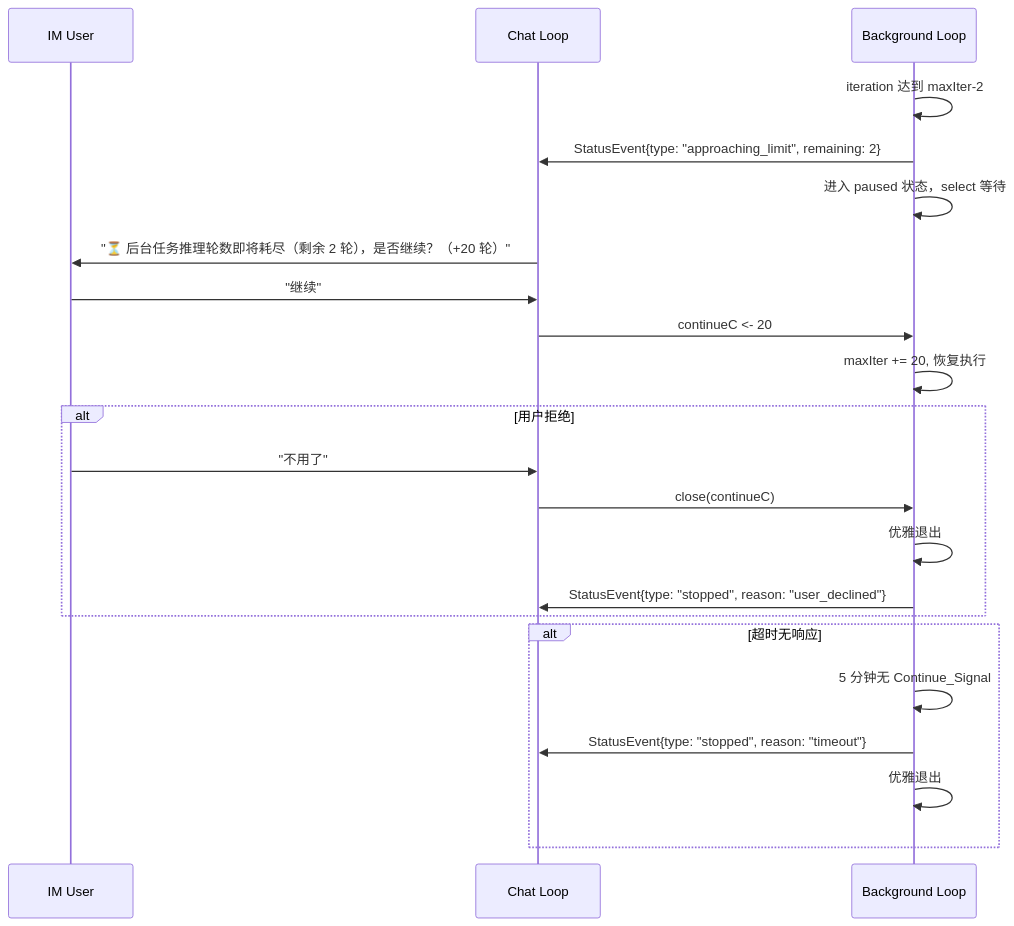
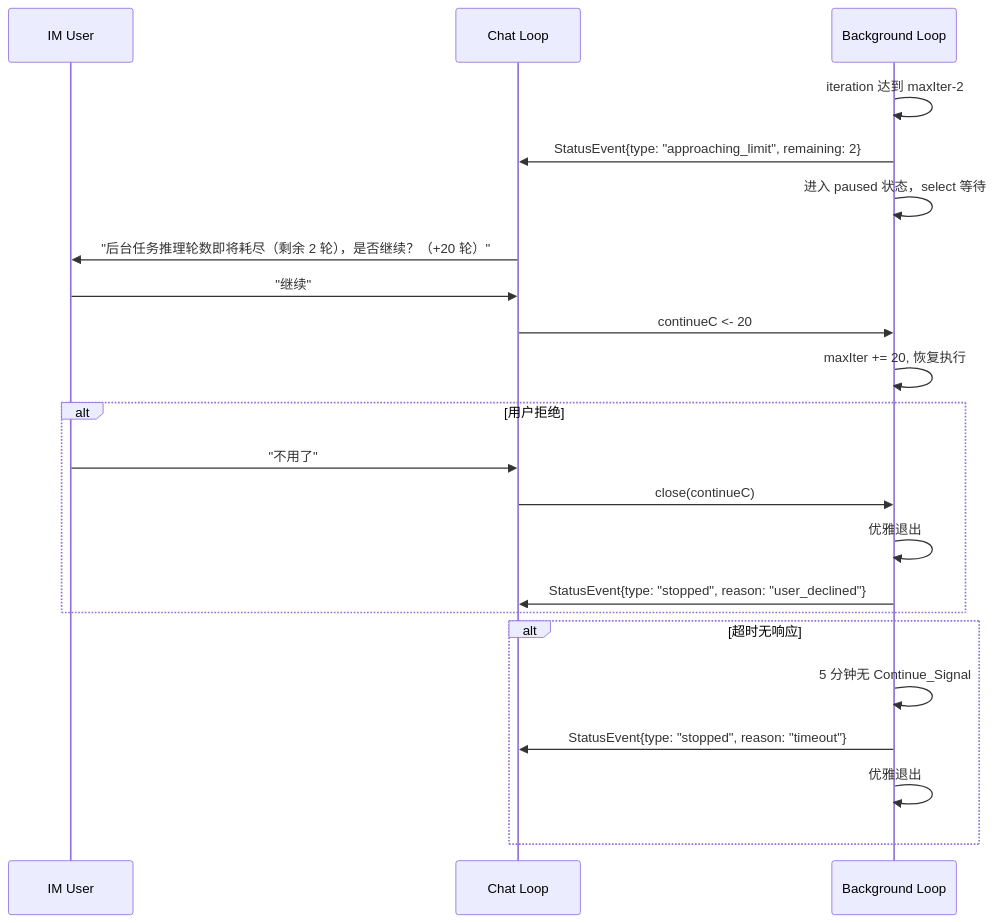
One commit to RapidAI/MaClaw changed the second of 2 diagrams in .kiro/specs/background-agent-loop/design.md. Above: the diagram before and after it, drawn with Mermaid. The commit also changed other lines of this file and 1135 other files, not shown here.

````diff
--- a/.kiro/specs/background-agent-loop/design.md
+++ b/.kiro/specs/background-agent-loop/design.md
@@ -103,29 +103,29 @@
 ```mermaid
 sequenceDiagram
     participant User as IM User
     participant Chat as Chat Loop
     participant BL as Background Loop
 
     BL->>BL: iteration 达到 maxIter-2
     BL->>Chat: StatusEvent{type: "approaching_limit", remaining: 2}
     BL->>BL: 进入 paused 状态，select 等待
 
-    Chat->>User: "⏳ 后台任务推理轮数即将耗尽（剩余 2 轮），是否继续？（+20 轮）"
+    Chat->>User: "后台任务推理轮数即将耗尽（剩余 2 轮），是否继续？（+20 轮）"
     User->>Chat: "继续"
     Chat->>BL: continueC <- 20
 
     BL->>BL: maxIter += 20, 恢复执行
 
     alt 用户拒绝
         User->>Chat: "不用了"
         Chat->>BL: close(continueC)
         BL->>BL: 优雅退出
         BL->>Chat: StatusEvent{type: "stopped", reason: "user_declined"}
     end
 
     alt 超时无响应
         BL->>BL: 5 分钟无 Continue_Signal
         BL->>Chat: StatusEvent{type: "stopped", reason: "timeout"}
         BL->>BL: 优雅退出
     end
 ```
````
